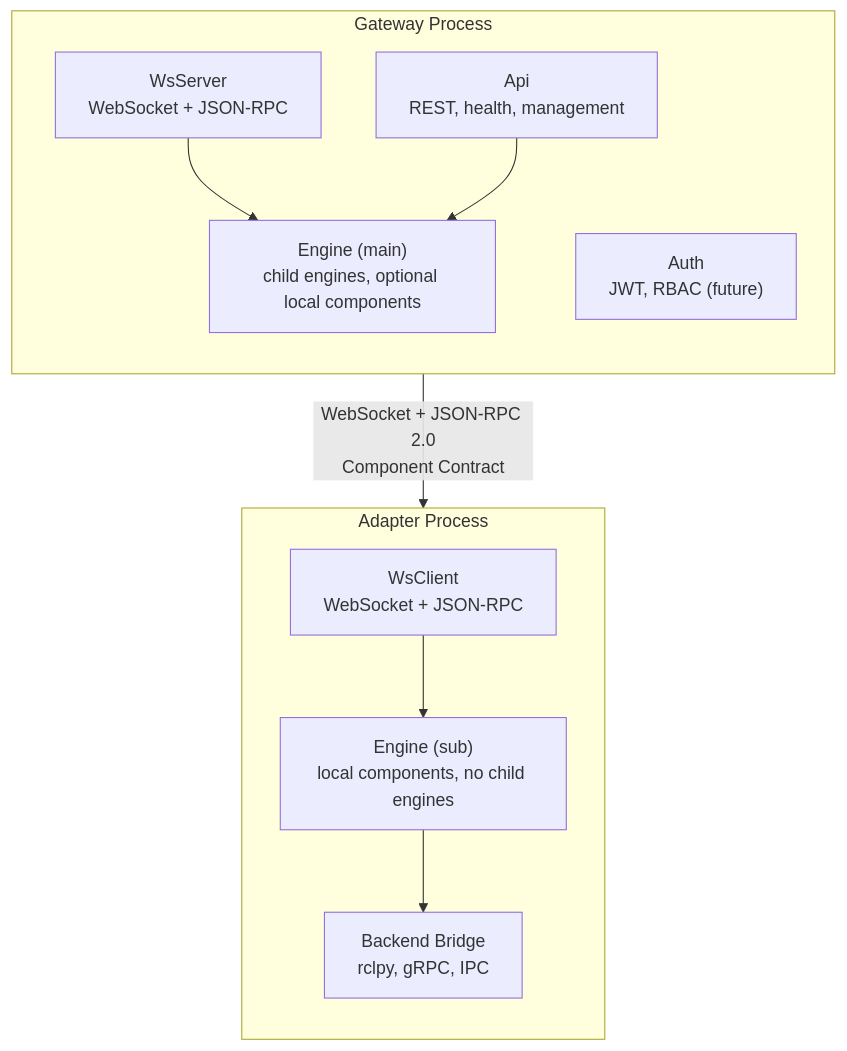
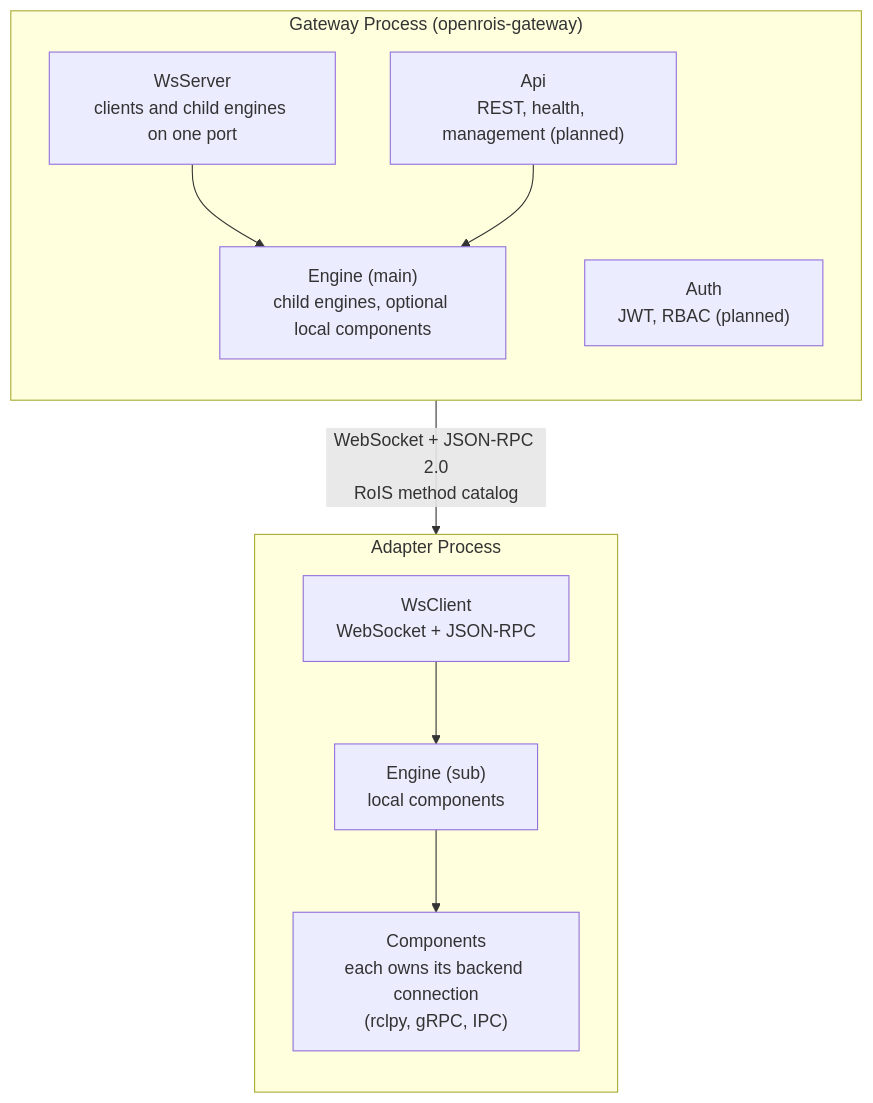
The fourth of 18 diagrams in docs/white-paper.md (openrois/openrois), drawn with Mermaid before and after one commit. The commit also changed other lines of this file and 167 other files, not shown here.

First line of the commit message:
feat!: run the engine, the components and the adapters on the RoIS method catalog (#29)

````diff
--- a/docs/white-paper.md
+++ b/docs/white-paper.md
@@ -325,23 +338,23 @@
 ```mermaid
 flowchart TB
-    subgraph Gateway["Gateway Process"]
+    subgraph Gateway["Gateway Process (openrois-gateway)"]
         direction TB
         EngineG["Engine (main)<br/>child engines, optional local components"]
-        WsServer["WsServer<br/>WebSocket + JSON-RPC"]
-        Api["Api<br/>REST, health, management"]
-        Auth["Auth<br/>JWT, RBAC (future)"]
+        WsServer["WsServer<br/>clients and child engines on one port"]
+        Api["Api<br/>REST, health, management (planned)"]
+        Auth["Auth<br/>JWT, RBAC (planned)"]
         WsServer --> EngineG
         Api --> EngineG
     end
 
     subgraph Adapter["Adapter Process"]
         direction TB
-        EngineA["Engine (sub)<br/>local components, no child engines"]
+        EngineA["Engine (sub)<br/>local components"]
         WsClient["WsClient<br/>WebSocket + JSON-RPC"]
-        Backend["Backend Bridge<br/>rclpy, gRPC, IPC"]
+        Components["Components<br/>each owns its backend connection<br/>(rclpy, gRPC, IPC)"]
         WsClient --> EngineA
-        EngineA --> Backend
+        EngineA --> Components
     end
 
-    WsServer -->|"WebSocket + JSON-RPC 2.0<br/>Component Contract"| WsClient
+    WsServer -->|"WebSocket + JSON-RPC 2.0<br/>RoIS method catalog"| WsClient
 ```
````
